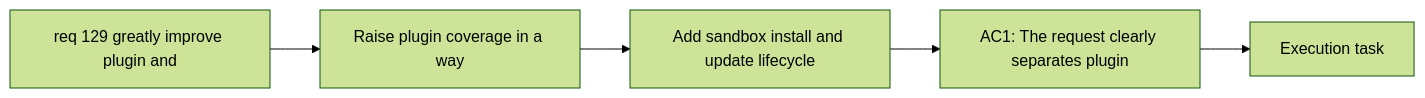
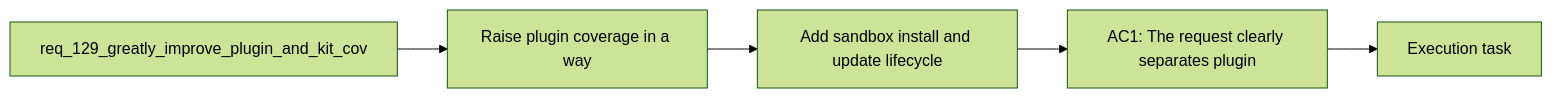
One commit to AlexAgo83/logics-manager changed the diagram in logics/backlog/item_240_add_sandbox_install_and_update_lifecycle_coverage_for_the_packaged_plugin.md. Above: the diagram before and after it, drawn with Mermaid (forest theme). The commit also changed 481 other files, not shown here.

````diff
--- a/logics/backlog/item_240_add_sandbox_install_and_update_lifecycle_coverage_for_the_packaged_plugin.md
+++ b/logics/backlog/item_240_add_sandbox_install_and_update_lifecycle_coverage_for_the_packaged_plugin.md
@@ -24,9 +24,9 @@
 ```mermaid
 %% logics-kind: backlog
 %% logics-signature: backlog|add-sandbox-install-and-update-lifecycle|req-129-greatly-improve-plugin-and-kit-c|raise-plugin-coverage-in-a-way|ac1-the-request-clearly-separates-plugin
 flowchart LR
-    Request[req 129 greatly improve plugin and] --> Problem[Raise plugin coverage in a way]
+    Request[req_129_greatly_improve_plugin_and_kit_cov] --> Problem[Raise plugin coverage in a way]
     Problem --> Scope[Add sandbox install and update lifecycle]
     Scope --> Acceptance[AC1: The request clearly separates plugin]
     Acceptance --> Tasks[Execution task]
 ```
````
